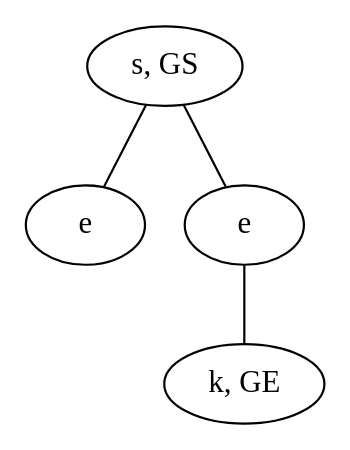
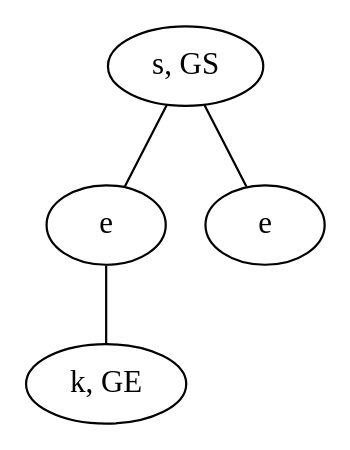
Before and after one commit to schrum2/MM-NEAT: the diagram in data/VGLC/Zelda/rules/1/5_S-K.dot, drawn with Graphviz. The commit also changed 46 other files, not shown here.

```diff
--- a/data/VGLC/Zelda/rules/1/5_S-K.dot
+++ b/data/VGLC/Zelda/rules/1/5_S-K.dot
@@ -1,9 +1,9 @@
 graph {
-xQUk [label="s, GS"]
-xpHF [label="k, GE"]
-eIIE [label="e"]
-GSIY [label="e"]
-xQUk -- eIIE
-xQUk -- GSIY
-GSIY -- xpHF
+vDoE [label="s, GS"]
+YCeQ [label="k, GE"]
+GkYc [label="e"]
+BxZd [label="e"]
+vDoE -- GkYc
+vDoE -- BxZd
+GkYc -- YCeQ
 }
```
